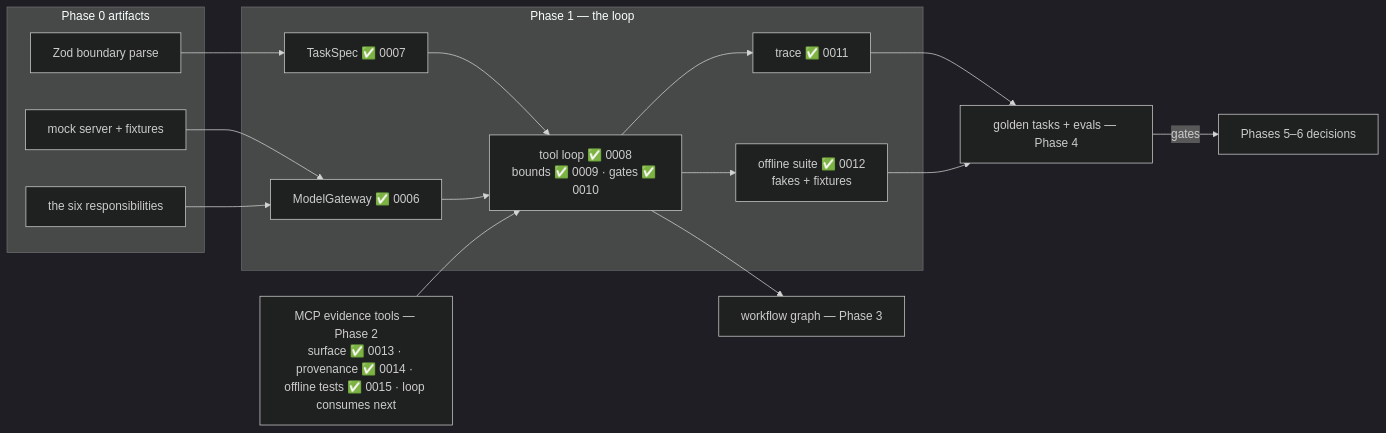
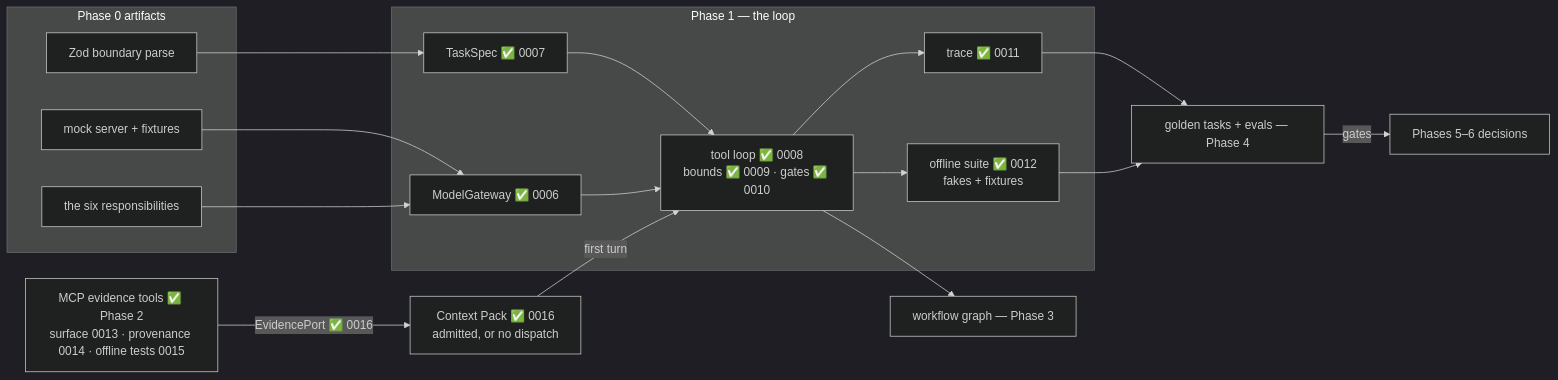
One commit to JozsefKiss90/TS changed the fifth of 5 diagrams in wiki/course/course-module-graph.md. Above: the diagram before and after it, drawn with Mermaid (dark theme). The commit also changed other lines of this file and 27 other files, not shown here.

First line of the commit message:
Ship lesson 0016 - Evidence Enters the Loop; lab 11-evidence-in-the-loop; Phase 2 complete

````diff
--- a/wiki/course/course-module-graph.md
+++ b/wiki/course/course-module-graph.md
@@ -95,27 +95,28 @@
 ```mermaid
 flowchart LR
     subgraph PH0["Phase 0 artifacts"]
         MOCK["mock server + fixtures"]
         SIX["the six responsibilities"]
         ZOD["Zod boundary parse"]
     end
     subgraph PH1["Phase 1 — the loop"]
         GWY["ModelGateway ✅ 0006"]
         SPEC["TaskSpec ✅ 0007"]
         TLOOP["tool loop ✅ 0008<br/>bounds ✅ 0009 · gates ✅ 0010"]
         TR["trace ✅ 0011"]
         TESTS["offline suite ✅ 0012<br/>fakes + fixtures"]
     end
     MOCK --> GWY
     SIX --> GWY
     ZOD --> SPEC
     SPEC --> TLOOP
     GWY --> TLOOP
     TLOOP --> TR
     TLOOP --> TESTS
-    EV["MCP evidence tools — Phase 2<br/>surface ✅ 0013 · provenance ✅ 0014 · offline tests ✅ 0015 · loop consumes next"] --> TLOOP
+    EV["MCP evidence tools ✅ Phase 2<br/>surface 0013 · provenance 0014 · offline tests 0015"] -->|"EvidencePort ✅ 0016"| PACK["Context Pack ✅ 0016<br/>admitted, or no dispatch"]
+    PACK -->|"first turn"| TLOOP
     TLOOP --> WG["workflow graph — Phase 3"]
     TR --> EVAL["golden tasks + evals — Phase 4"]
     TESTS --> EVAL
     EVAL -->|"gates"| P5P6["Phases 5–6 decisions"]
 ```
````
